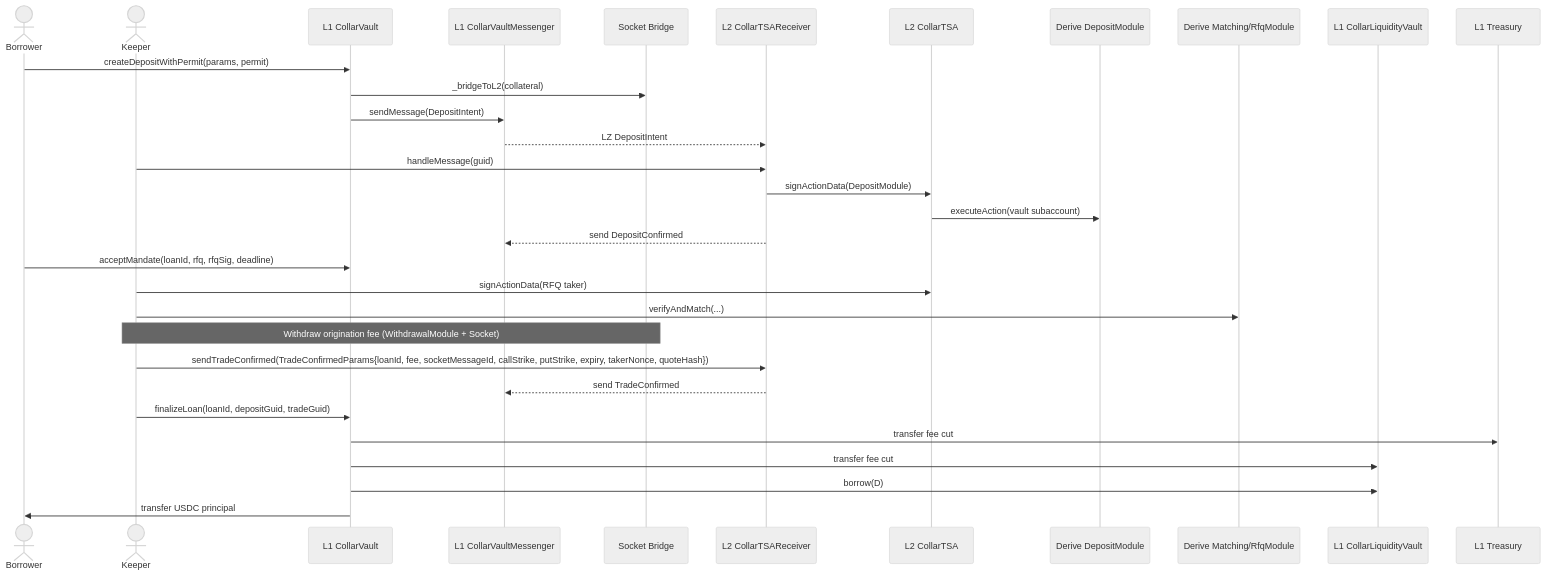
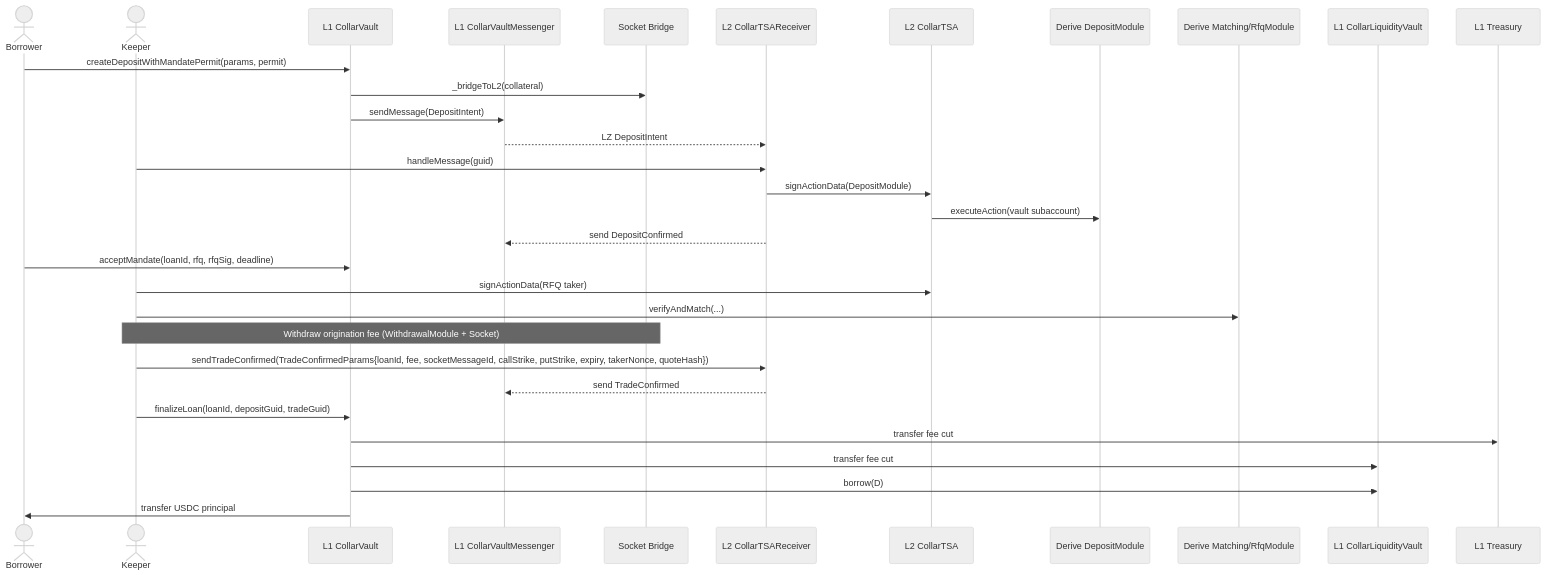
One commit to CollarFi/contracts changed the first of 5 diagrams in docs/SPEC.md. Above: the diagram before and after it, drawn with Mermaid (neutral theme). The commit also changed other lines of this file and 3 other files, not shown here.

Commit message:
refactor: add createDepositWithMandatePermit alias and adopt naming

````diff
--- a/docs/SPEC.md
+++ b/docs/SPEC.md
@@ -149,34 +149,34 @@
 ```mermaid
 sequenceDiagram
   actor Borrower
   actor Keeper
   participant Vault as L1 CollarVault
   participant LZ as L1 CollarVaultMessenger
   participant Socket as Socket Bridge
   participant L2Recv as L2 CollarTSAReceiver
   participant TSA as L2 CollarTSA
   participant Deposit as Derive DepositModule
   participant Match as Derive Matching/RfqModule
   participant Liquidity as L1 CollarLiquidityVault
   participant Treasury as L1 Treasury
 
-  Borrower->>Vault: createDepositWithPermit(params, permit)
+  Borrower->>Vault: createDepositWithMandatePermit(params, permit)
   Vault->>Socket: _bridgeToL2(collateral)
   Vault->>LZ: sendMessage(DepositIntent)
   LZ-->>L2Recv: LZ DepositIntent
   Keeper->>L2Recv: handleMessage(guid)
   L2Recv->>TSA: signActionData(DepositModule)
   TSA->>Deposit: executeAction(vault subaccount)
   L2Recv-->>LZ: send DepositConfirmed
   Borrower->>Vault: acceptMandate(loanId, rfq, rfqSig, deadline)
   Keeper->>TSA: signActionData(RFQ taker)
   Keeper->>Match: verifyAndMatch(...)
   Note over Keeper,Socket: Withdraw origination fee (WithdrawalModule + Socket)
   Keeper->>L2Recv: sendTradeConfirmed(TradeConfirmedParams{loanId, fee, socketMessageId, callStrike, putStrike, expiry, takerNonce, quoteHash})
   L2Recv-->>LZ: send TradeConfirmed
   Keeper->>Vault: finalizeLoan(loanId, depositGuid, tradeGuid)
   Vault->>Treasury: transfer fee cut
   Vault->>Liquidity: transfer fee cut
   Vault->>Liquidity: borrow(D)
   Vault->>Borrower: transfer USDC principal
 ```
````
